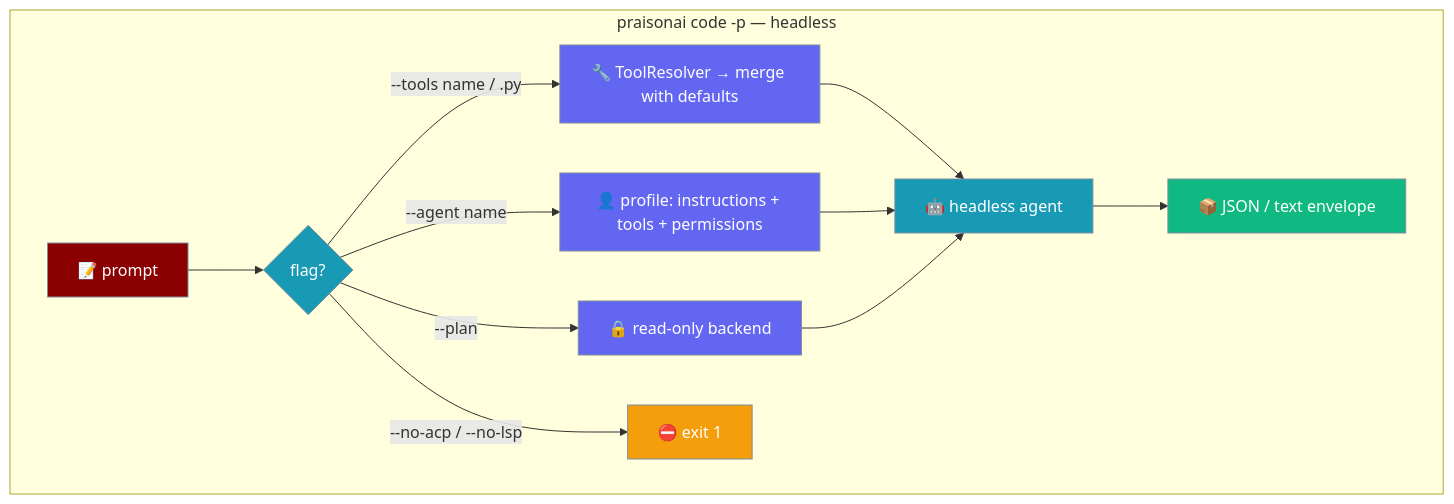
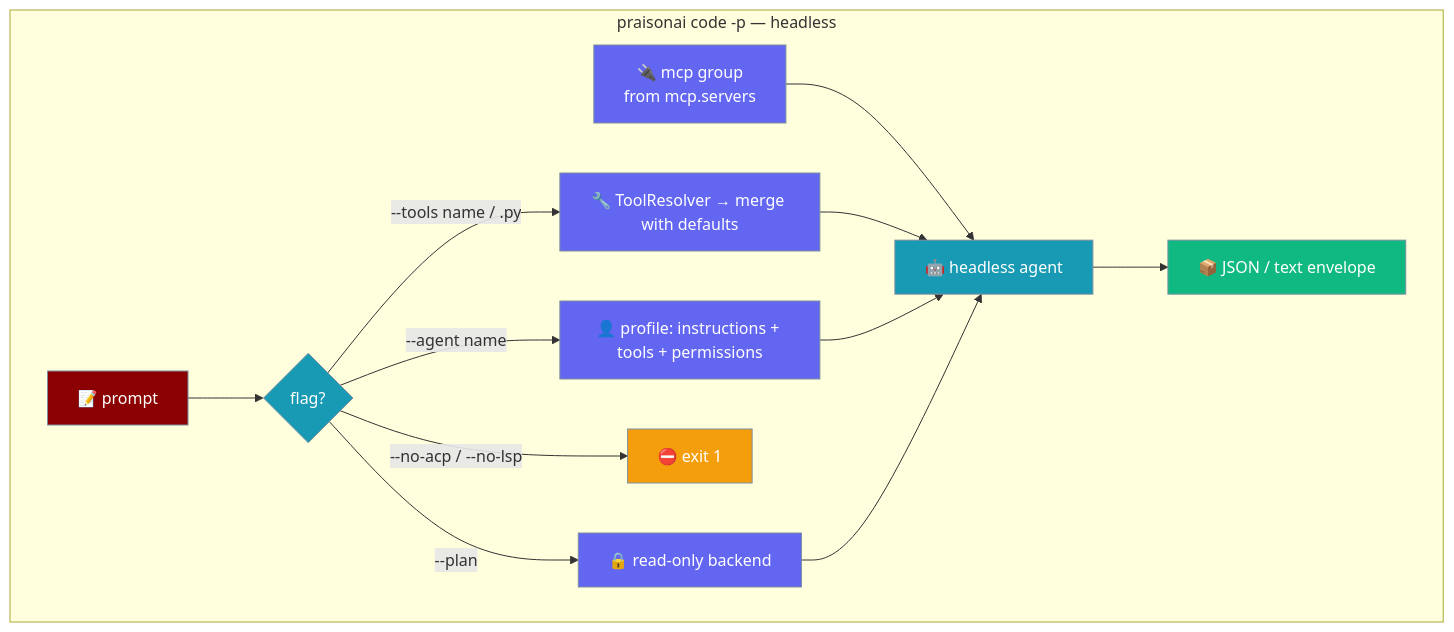
One commit to MervinPraison/PraisonAIDocs changed the fifth of 8 diagrams in docs/cli/code.mdx. Above: the diagram before and after it, drawn with Mermaid. The commit also changed other lines of this file and 1 other file, not shown here.

Commit message:
docs: note mcp in code -p default toolset and cp1252-safe lazily-loaded help (fixes #4113)

````diff
--- a/docs/cli/code.mdx
+++ b/docs/cli/code.mdx
@@ -362,26 +364,27 @@
 ```mermaid
 graph TB
     subgraph "praisonai code -p — headless"
         P[📝 prompt] --> H{flag?}
         H -->|--tools name / .py| T[🔧 ToolResolver → merge with defaults]
         H -->|--agent name| A[👤 profile: instructions + tools + permissions]
         H -->|--plan| Pl[🔒 read-only backend]
         H -->|--no-acp / --no-lsp| X[⛔ exit 1]
+        MCP[🔌 mcp group<br/>from mcp.servers] --> Run
         T --> Run[🤖 headless agent]
         A --> Run
         Pl --> Run
         Run --> Env[📦 JSON / text envelope]
     end
 
     classDef input fill:#8B0000,stroke:#7C90A0,color:#fff
     classDef proc fill:#189AB4,stroke:#7C90A0,color:#fff
     classDef cfg fill:#6366F1,stroke:#7C90A0,color:#fff
     classDef ok fill:#10B981,stroke:#7C90A0,color:#fff
     classDef bad fill:#F59E0B,stroke:#7C90A0,color:#fff
 
     class P input
     class H,Run proc
-    class T,A,Pl cfg
+    class T,A,Pl,MCP cfg
     class Env ok
     class X bad
 ```
````
